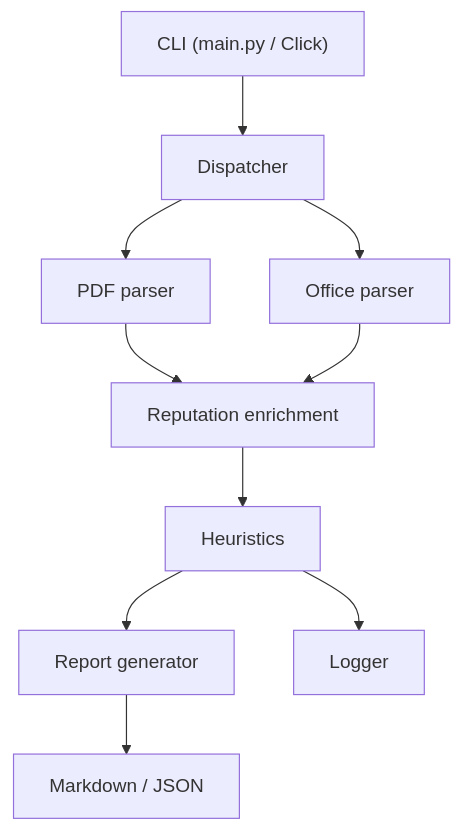
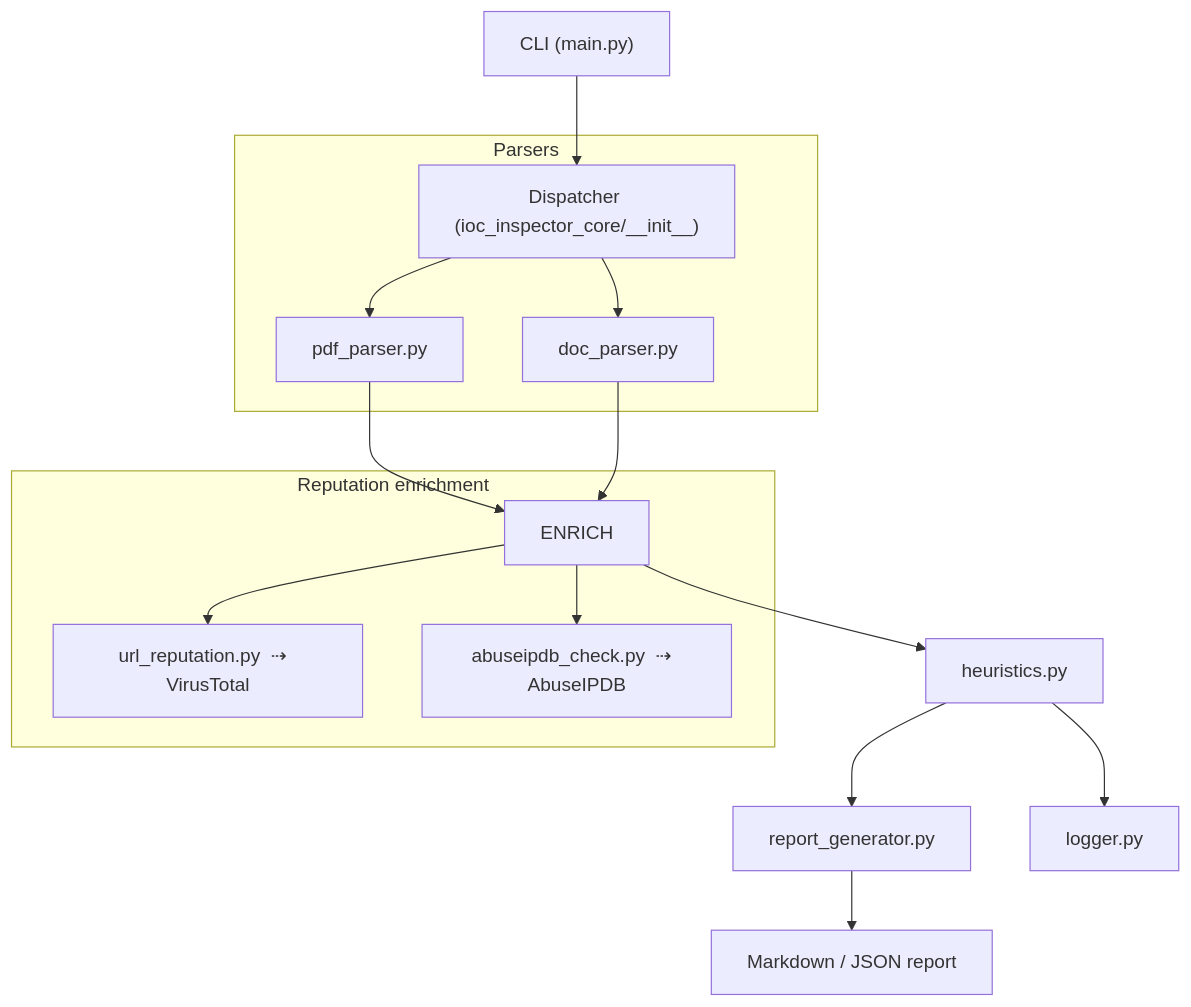
Before and after one commit to PKHarsimran/IOC-Inspector: the diagram in README.md, drawn with Mermaid. The commit also changed other lines of this file, not shown here.

````diff
--- a/README.md
+++ b/README.md
@@ -150,12 +150,25 @@
 ```mermaid
 flowchart TD
-    CLI["CLI (main.py / Click)"] --> DISPATCH["Dispatcher"]
-    DISPATCH --> PDF["PDF parser"]
-    DISPATCH --> OFFICE["Office parser"]
-    PDF --> ENRICH["Reputation enrichment"]
+    %% 1 — Top-level CLI
+    CLI["CLI (main.py)"] --> DISPATCH["Dispatcher (ioc_inspector_core/__init__)"]
+
+    %% 2 — Parsers
+    subgraph "Parsers"
+        DISPATCH --> PDF["pdf_parser.py"]
+        DISPATCH --> OFFICE["doc_parser.py"]
+    end
+
+    %% 3 — Reputation enrichment
+    PDF --> ENRICH
     OFFICE --> ENRICH
-    ENRICH --> SCORE["Heuristics"]
-    SCORE --> REPORT["Report generator"]
-    SCORE --> LOG["Logger"]
-    REPORT --> OUTPUT["Markdown / JSON"]
+    subgraph "Reputation enrichment"
+        ENRICH --> VT["url_reputation.py  ⇢  VirusTotal"]
+        ENRICH --> ABIP["abuseipdb_check.py  ⇢  AbuseIPDB"]
+    end
+
+    %% 4 — Scoring & output
+    ENRICH --> SCORE["heuristics.py"]
+    SCORE --> REPORT["report_generator.py"]
+    SCORE --> LOG["logger.py"]
+    REPORT --> OUTPUT["Markdown / JSON report"]
 ```
````
